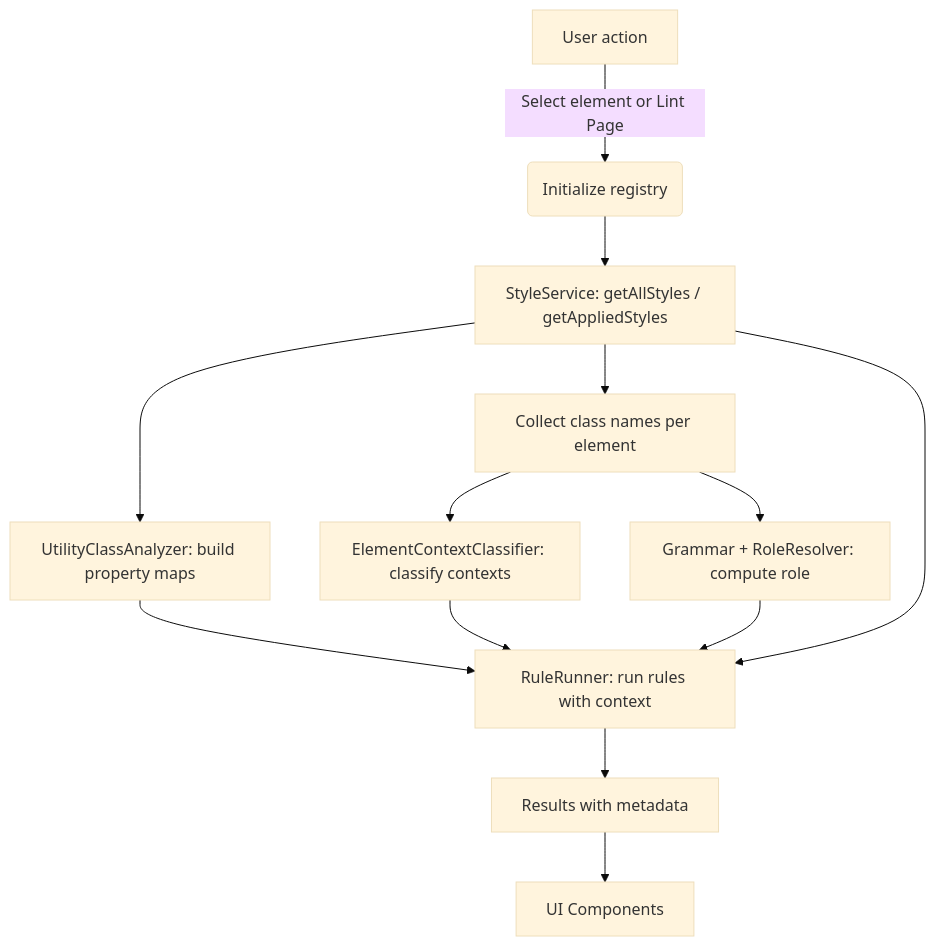
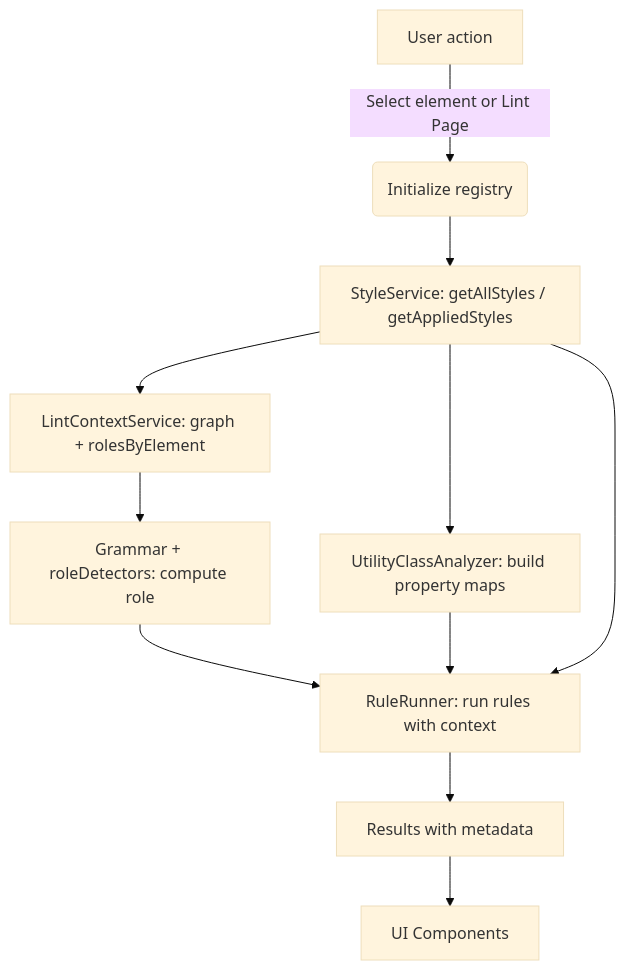
One commit to milesroxas/Flint changed the diagram in docs/guides/how-it-all-works.md. Above: the diagram before and after it, drawn with Mermaid (base theme). The commit also changed other lines of this file and 38 other files, not shown here.

````diff
--- a/docs/guides/how-it-all-works.md
+++ b/docs/guides/how-it-all-works.md
@@ -13,15 +11,13 @@
 ```mermaid
 flowchart TD
   A[User action] -->|Select element or Lint Page| B(Initialize registry)
   B --> C[StyleService: getAllStyles / getAppliedStyles]
   C --> D[UtilityClassAnalyzer: build property maps]
-  C --> E[Collect class names per element]
-  E --> F[ElementContextClassifier: classify contexts]
-  E --> G[Grammar + RoleResolver: compute role]
-  F --> H[RuleRunner: run rules with context]
-  D --> H
-  C --> H
-  G --> H
-  H --> I[Results with metadata]
-  I --> J[UI Components]
+  C --> E[LintContextService: graph + rolesByElement]
+  E --> F[Grammar + roleDetectors: compute role]
+  F --> G[RuleRunner: run rules with context]
+  D --> G
+  C --> G
+  G --> H[Results with metadata]
+  H --> I[UI Components]
 ```
````
